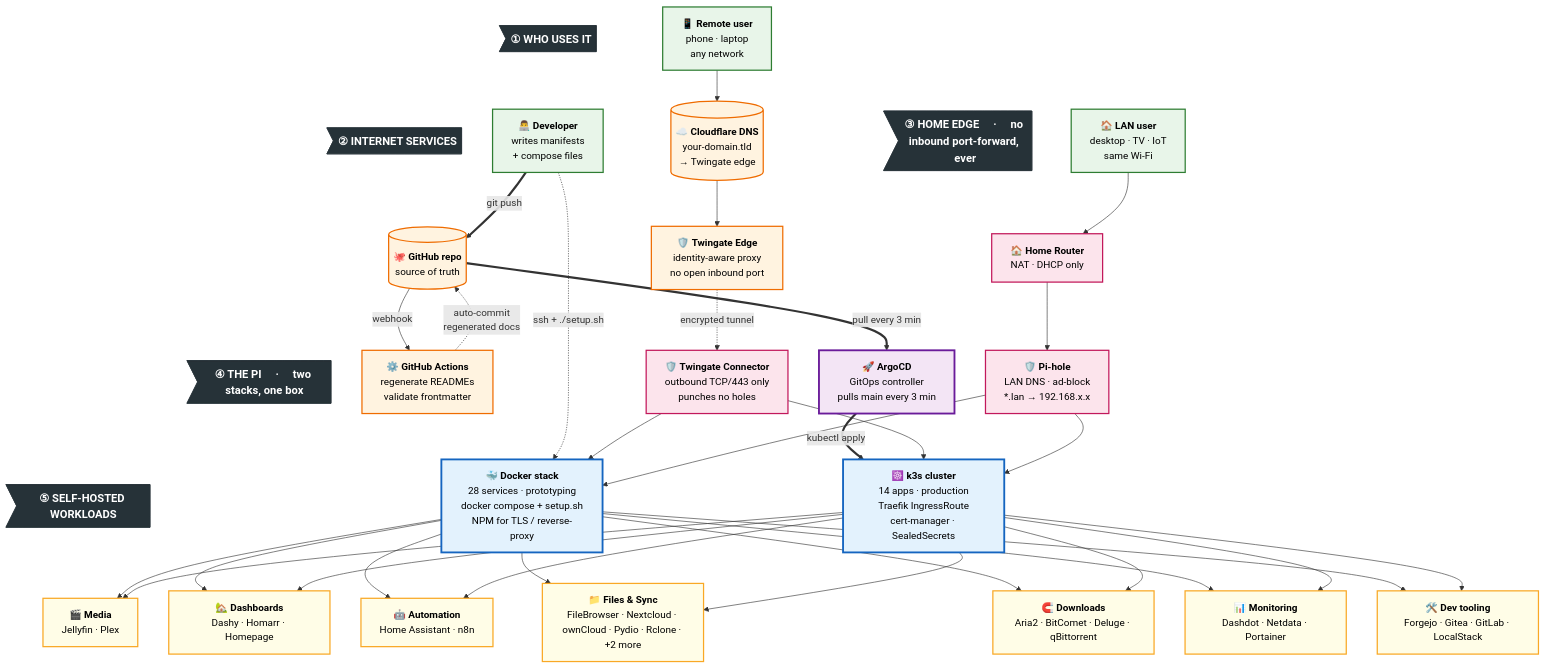
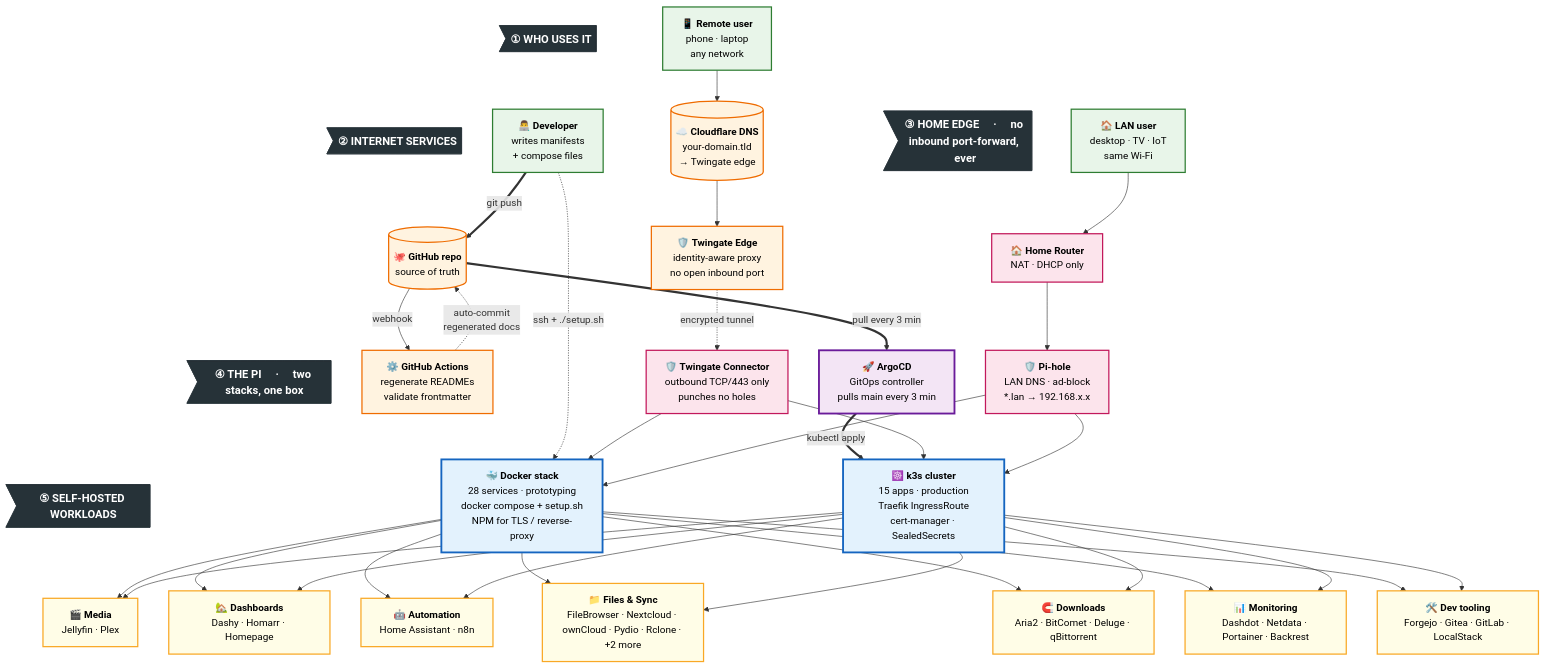
The diagram in README.md (Thre4dripper/Home-Server-Lab), drawn with Mermaid before and after one commit. The commit also changed other lines of this file and 2 other files, not shown here.

```diff
--- a/README.md
+++ b/README.md
@@ -98,7 +98,7 @@
     %% ─── TIER 4 · the Pi ────────────────────────────────────────────────
     Docker[🐳 <b>Docker stack</b><br/>28 services · prototyping<br/>docker compose + setup.sh<br/>NPM for TLS / reverse-proxy]
     Argo[🚀 <b>ArgoCD</b><br/>GitOps controller<br/>pulls main every 3 min]
-    K3s[☸️ <b>k3s cluster</b><br/>14 apps · production<br/>Traefik IngressRoute<br/>cert-manager · SealedSecrets]
+    K3s[☸️ <b>k3s cluster</b><br/>15 apps · production<br/>Traefik IngressRoute<br/>cert-manager · SealedSecrets]
 
 
     %% ─── TIER 5 · self-hosted workloads (auto-generated) ────────────────
@@ -107,7 +107,7 @@
     W3[🤖 <b>Automation</b><br/>Home Assistant · n8n]
     W4[📁 <b>Files &amp; Sync</b><br/>FileBrowser · Nextcloud · ownCloud · Pydio · Rclone · +2 more]
     W5[🧲 <b>Downloads</b><br/>Aria2 · BitComet · Deluge · qBittorrent]
-    W6[📊 <b>Monitoring</b><br/>Dashdot · Netdata · Portainer]
+    W6[📊 <b>Monitoring</b><br/>Dashdot · Netdata · Portainer · Backrest]
     W7[🛠️ <b>Dev tooling</b><br/>Forgejo · Gitea · GitLab · LocalStack]
 
     %% ─── HEADER ANCHORS (invisible) ─────────────────────────────────────
```
